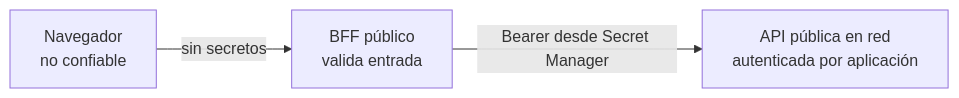
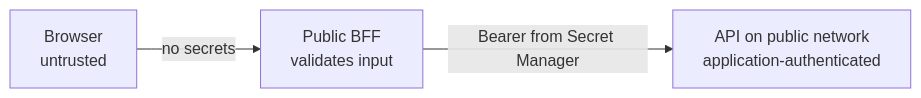
Before and after one commit to metaliaw/muchi: the third of 3 diagrams in docs/architecture.md, drawn with Mermaid. The commit also changed other lines of this file and 38 other files, not shown here.

````diff
--- a/docs/architecture.md
+++ b/docs/architecture.md
@@ -216,9 +214,9 @@
 ```mermaid
 flowchart LR
-    browser["Navegador<br/>no confiable"]
-    bff["BFF público<br/>valida entrada"]
-    api["API pública en red<br/>autenticada por aplicación"]
+    browser["Browser<br/>untrusted"]
+    bff["Public BFF<br/>validates input"]
+    api["API on public network<br/>application-authenticated"]
 
-    browser -->|"sin secretos"| bff
-    bff -->|"Bearer desde Secret Manager"| api
+    browser -->|"no secrets"| bff
+    bff -->|"Bearer from Secret Manager"| api
 ```
````
